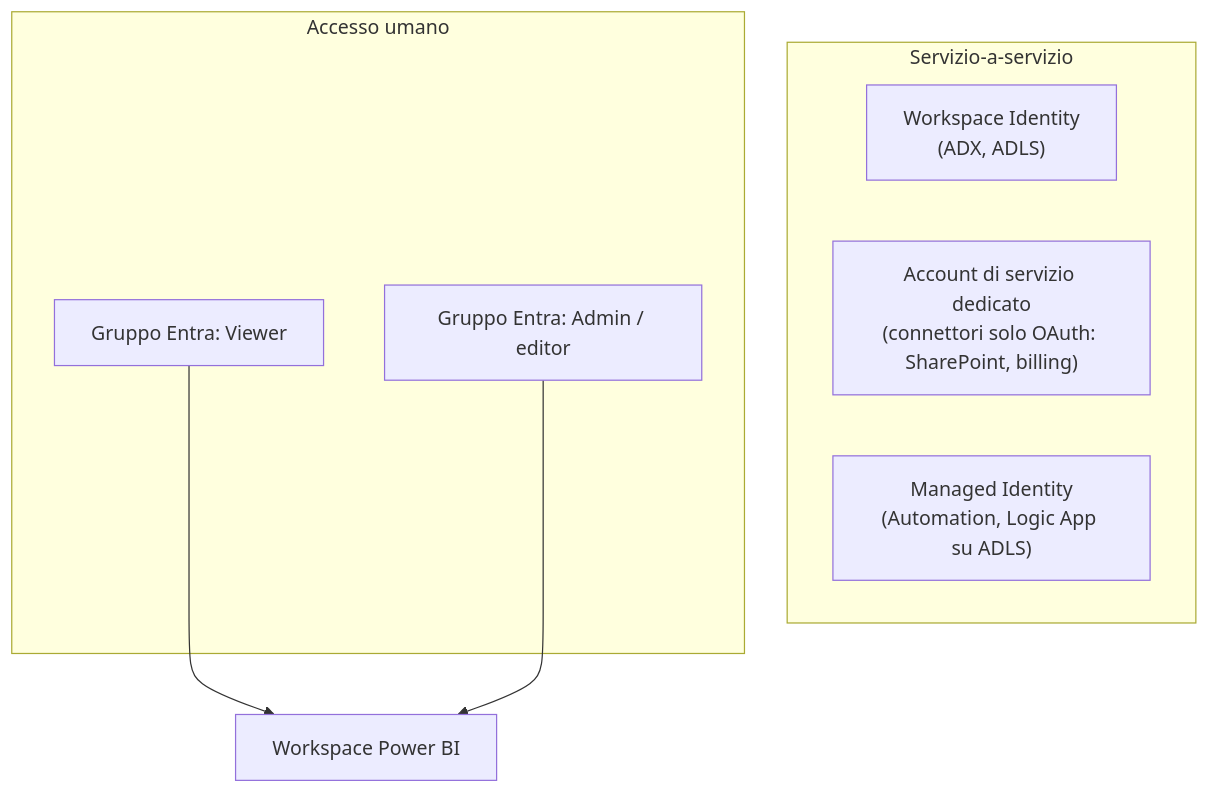
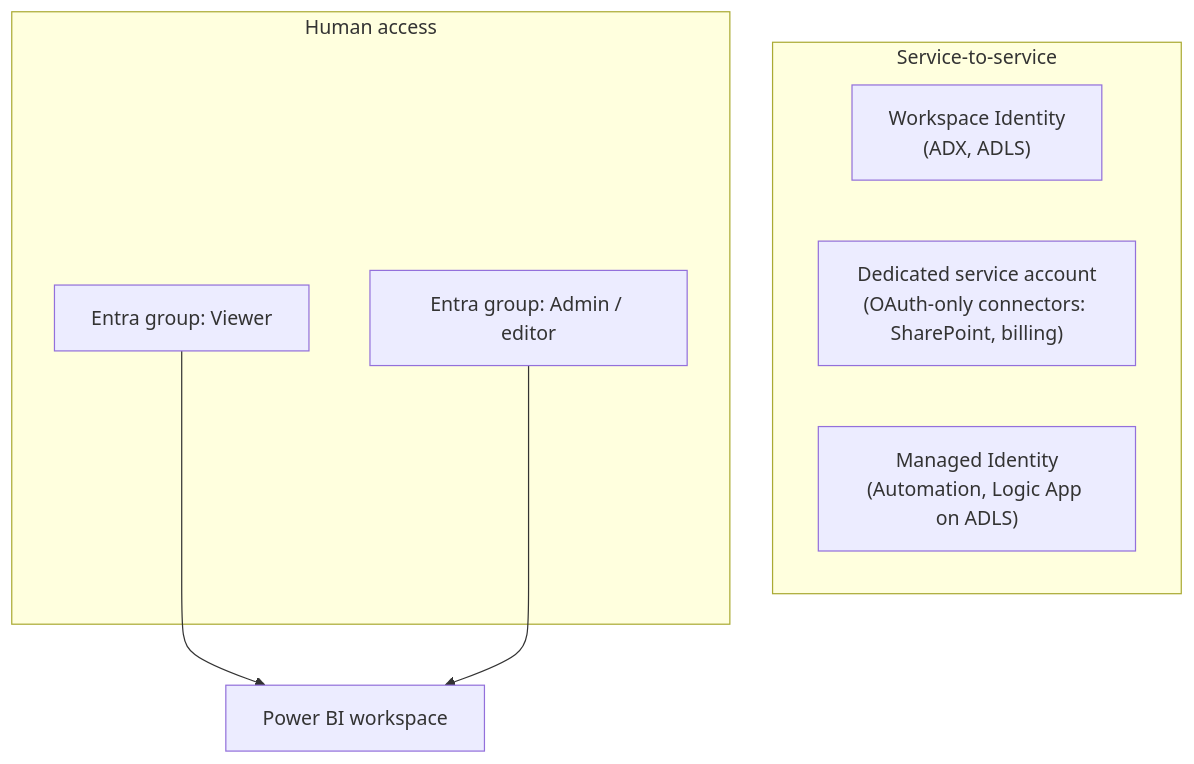
Before and after one commit to HARD-bit/azure-data-platform-case-study: the sixth of 6 diagrams in README.md, drawn with Mermaid. The commit also changed other lines of this file and 12 other files, not shown here.

Commit message:
docs: translate case study to English, add missing Logic App expressions file

````diff
--- a/README.md
+++ b/README.md
@@ -345,14 +346,14 @@
 ```mermaid
 flowchart TB
-    subgraph Backend["Servizio-a-servizio"]
+    subgraph Backend["Service-to-service"]
         WI["Workspace Identity<br/>(ADX, ADLS)"]
-        SA["Account di servizio dedicato<br/>(connettori solo OAuth: SharePoint, billing)"]
-        MI["Managed Identity<br/>(Automation, Logic App su ADLS)"]
+        SA["Dedicated service account<br/>(OAuth-only connectors: SharePoint, billing)"]
+        MI["Managed Identity<br/>(Automation, Logic App on ADLS)"]
     end
-    subgraph Human["Accesso umano"]
-        V["Gruppo Entra: Viewer"]
-        A["Gruppo Entra: Admin / editor"]
+    subgraph Human["Human access"]
+        V["Entra group: Viewer"]
+        A["Entra group: Admin / editor"]
     end
-    V --> WS["Workspace Power BI"]
+    V --> WS["Power BI workspace"]
     A --> WS
 ```
````
